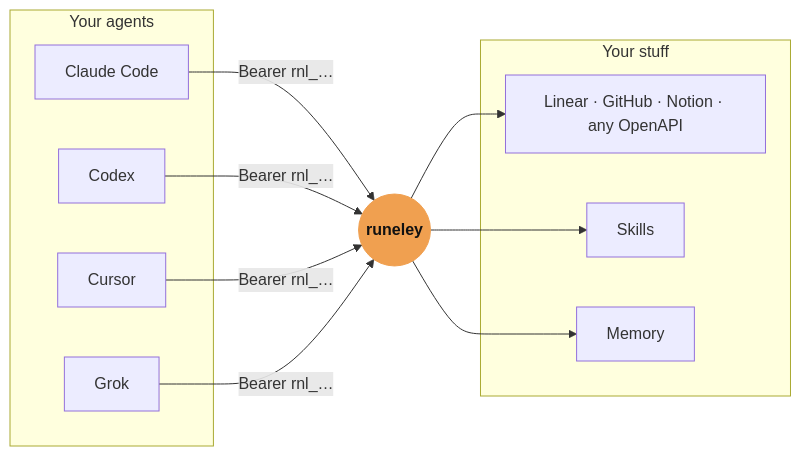
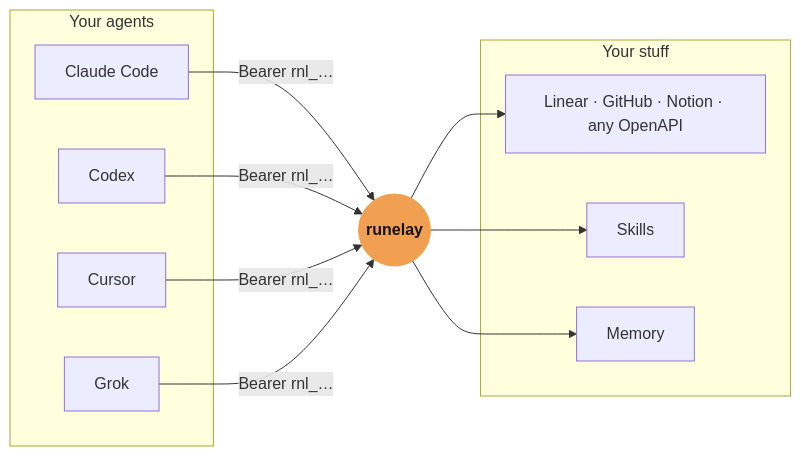
Before and after one commit to Andsu-dev/runelay: the diagram in README.md, drawn with Mermaid. The commit also changed other lines of this file and 213 other files, not shown here.

````diff
--- a/README.md
+++ b/README.md
@@ -36,19 +36,19 @@
 ```mermaid
 flowchart LR
   subgraph A[" Your agents "]
     CC[Claude Code]
     CX[Codex]
     CU[Cursor]
     GK[Grok]
   end
-  R((runeley))
+  R((runelay))
   subgraph B[" Your stuff "]
     AC[Linear · GitHub · Notion · any OpenAPI]
     SK[Skills]
     ME[Memory]
   end
   CC & CX & CU & GK -- "Bearer rnl_…" --> R
   R --> AC & SK & ME
   classDef hub fill:#f0a050,stroke:#f0a050,color:#111,font-weight:bold
   class R hub
 ```
````
